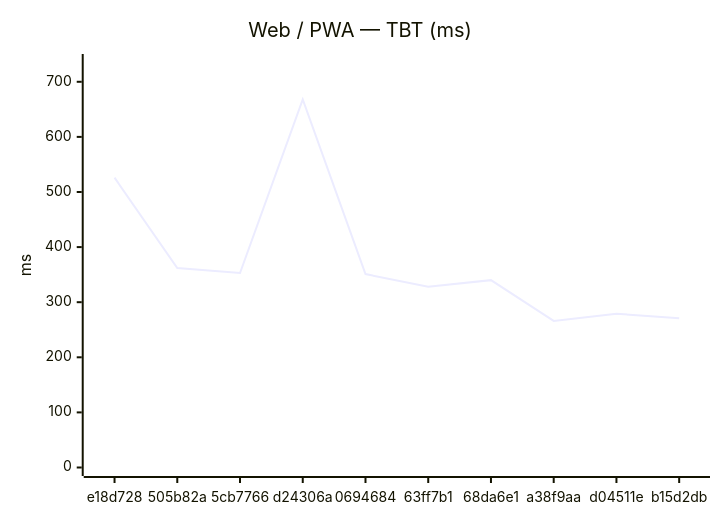
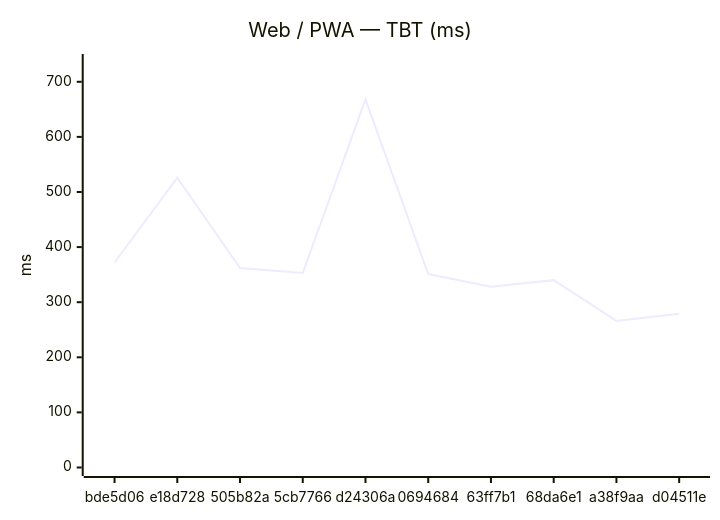
The second of 18 diagrams in benchmarks/compare.md (Metaheurist/Rianell), drawn with Mermaid before and after one commit. The commit also changed other lines of this file and 11 other files, not shown here.

````diff
--- a/benchmarks/compare.md
+++ b/benchmarks/compare.md
@@ -31,7 +31,7 @@
 ```mermaid
 xychart-beta
     title "Web / PWA — TBT (ms)"
-    x-axis ["e18d728", "505b82a", "5cb7766", "d24306a", "0694684", "63ff7b1", "68da6e1", "a38f9aa", "d04511e", "b15d2db"]
+    x-axis ["bde5d06", "e18d728", "505b82a", "5cb7766", "d24306a", "0694684", "63ff7b1", "68da6e1", "a38f9aa", "d04511e"]
     y-axis "ms" 0 --> 735
-    line [526, 362, 353, 668, 351, 328, 340, 266, 279, 271]
+    line [372, 526, 362, 353, 668, 351, 328, 340, 266, 279]
 ```
````
